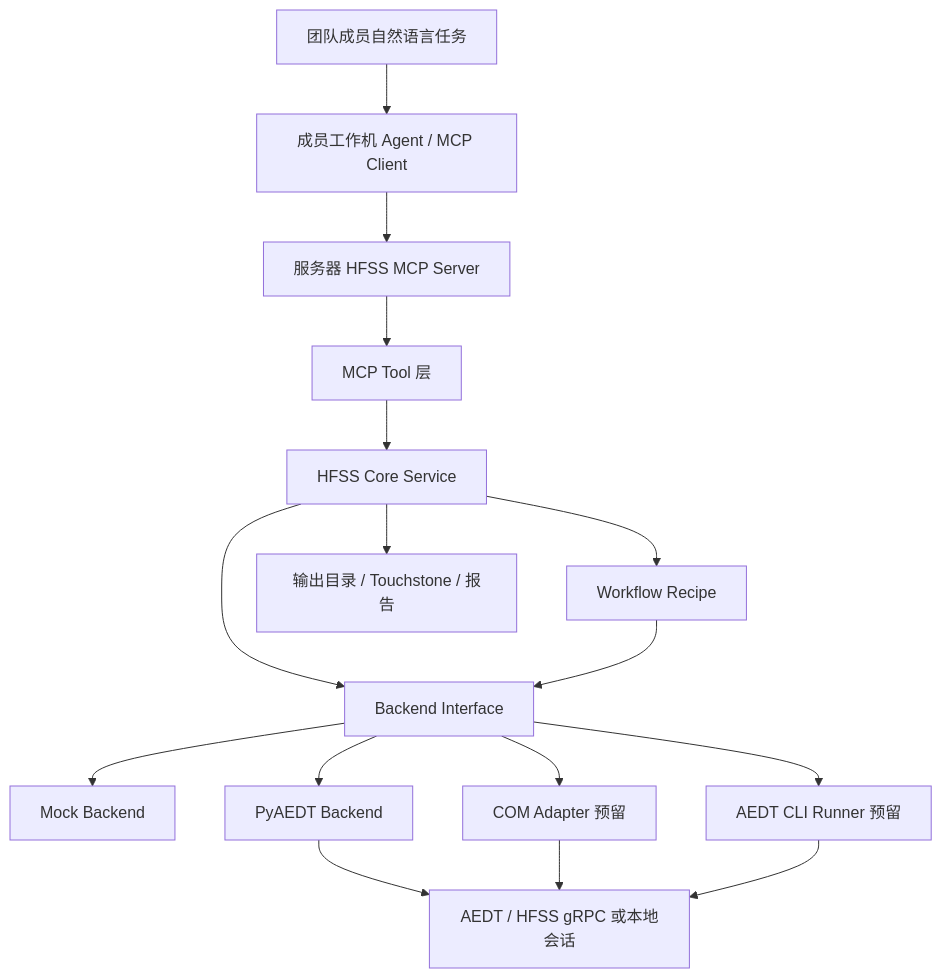
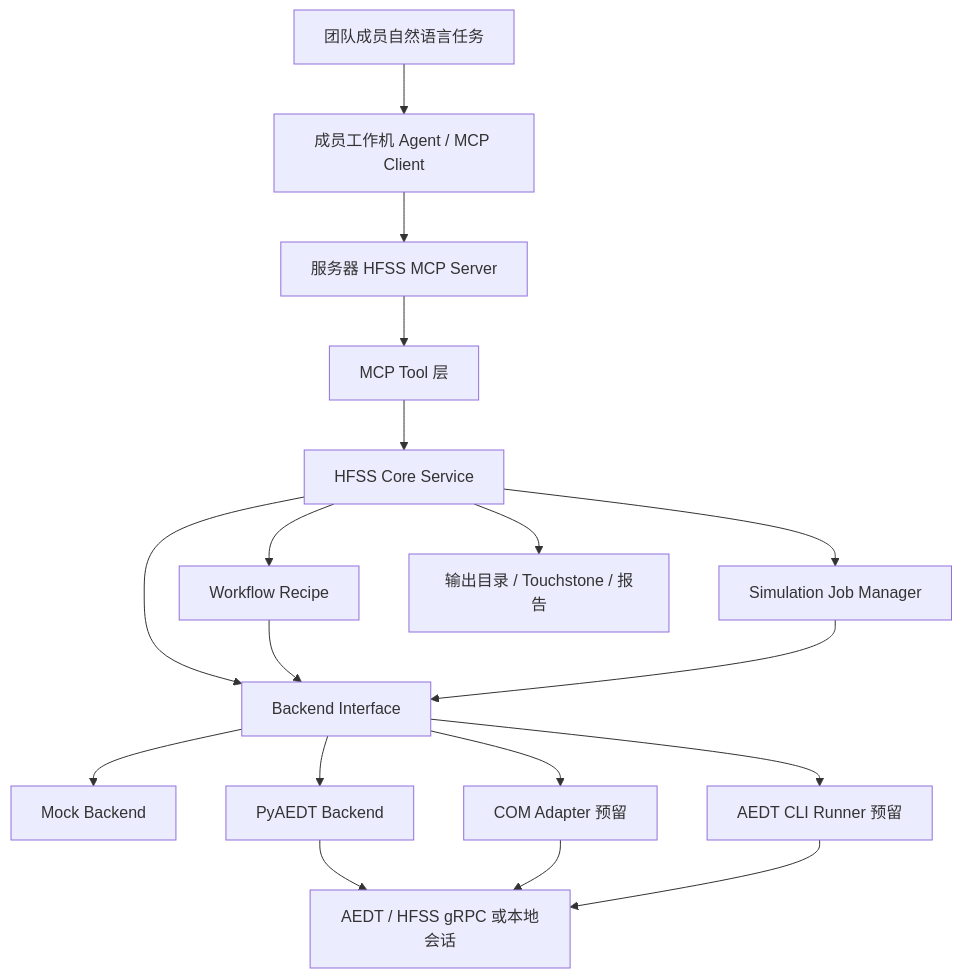
The diagram in docs/architecture.md (CodeQwQ/supperHFSSMCP), drawn with Mermaid before and after one commit. The commit also changed other lines of this file and 17 other files, not shown here.

````diff
--- a/docs/architecture.md
+++ b/docs/architecture.md
@@ -12,18 +12,20 @@
 ```mermaid
 flowchart TD
     A["团队成员自然语言任务"] --> B["成员工作机 Agent / MCP Client"]
     B --> C["服务器 HFSS MCP Server"]
     C --> D["MCP Tool 层"]
     D --> E["HFSS Core Service"]
     E --> F["Backend Interface"]
     E --> W["Workflow Recipe"]
+    E --> Q["Simulation Job Manager"]
     W --> F
+    Q --> F
     F --> G["Mock Backend"]
     F --> H["PyAEDT Backend"]
     F --> I["COM Adapter 预留"]
     F --> J["AEDT CLI Runner 预留"]
     H --> K["AEDT / HFSS gRPC 或本地会话"]
     I --> K
     J --> K
     E --> L["输出目录 / Touchstone / 报告"]
 ```
````
